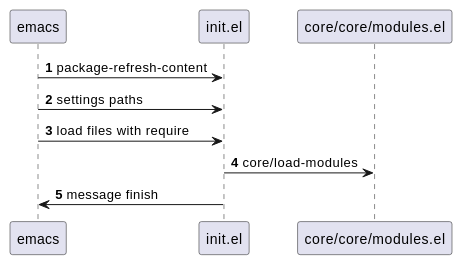
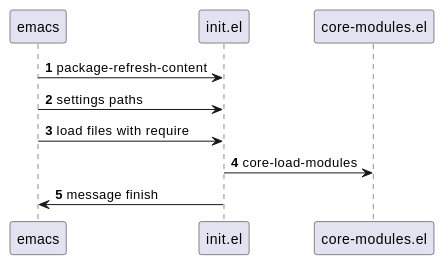
One commit to luismayta/emacs.d changed the diagram in docs/source/architecture/core.rst. Above: the diagram before and after it, drawn with PlantUML. The commit also changed 1 other file, not shown here.

Commit message:
docs: refactor info (#271)

```diff
--- a/docs/source/architecture/core.rst
+++ b/docs/source/architecture/core.rst
@@ -7,8 +7,8 @@
 .. uml::
 
     autonumber
     emacs -> init.el : package-refresh-content
     emacs -> init.el : settings paths
     emacs -> init.el : load files with require
-    init.el -> "core/core/modules.el" : core/load-modules
+    init.el -> "core-modules.el" : core-load-modules
     init.el -> emacs : message finish
```
